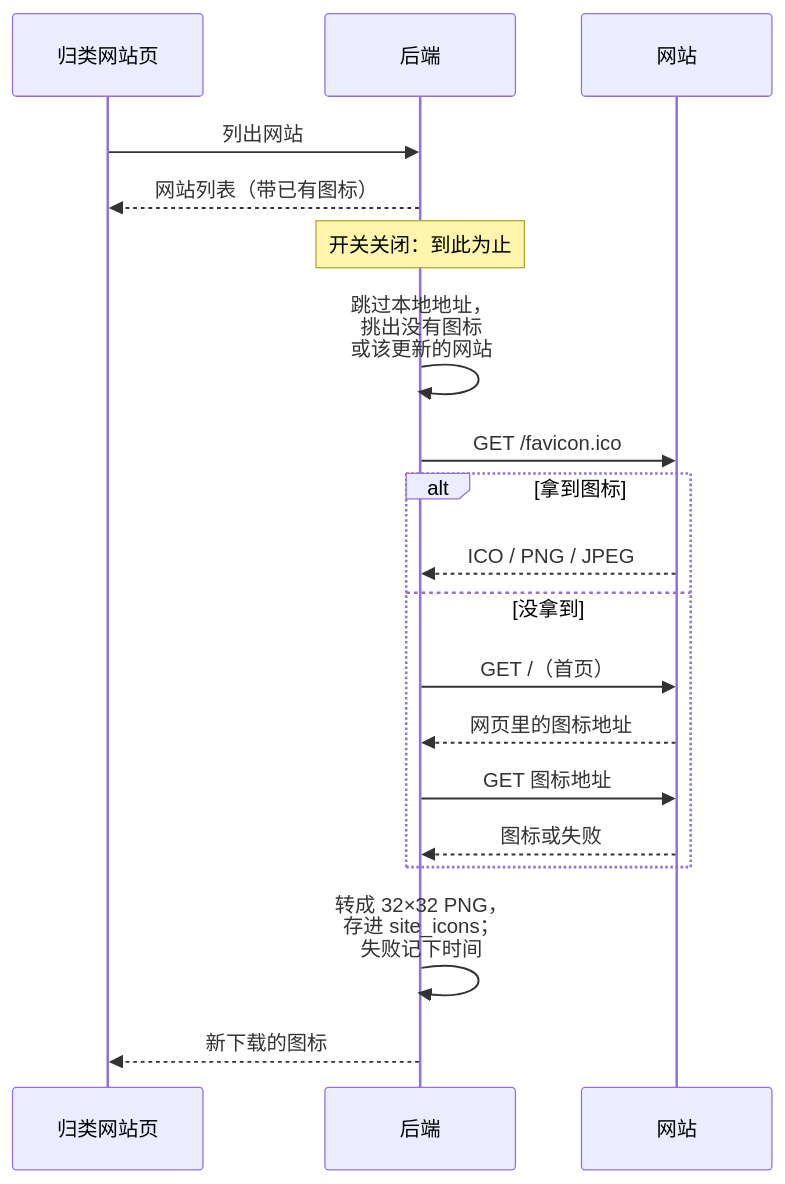
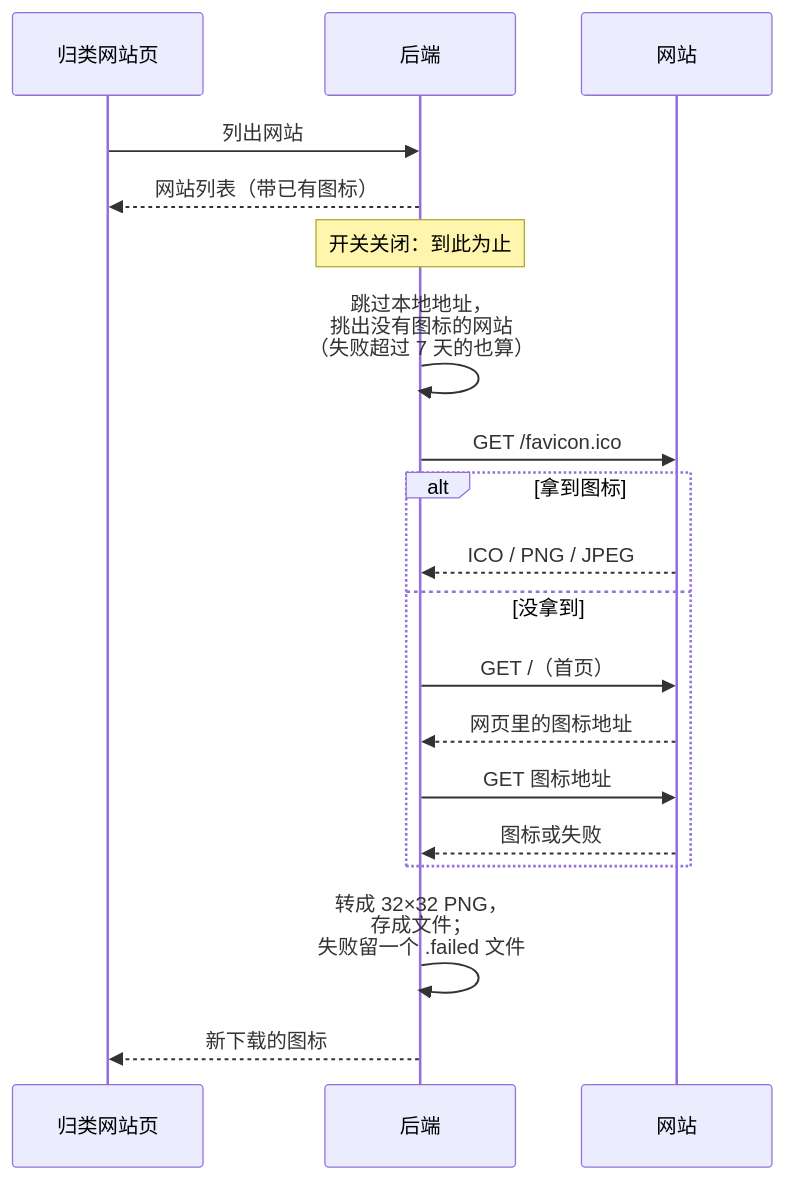
The diagram in docs/adr/zh/0014-site-icons.md (Tomotsugu-dev/Hindsight), drawn with Mermaid before and after one commit. The commit also changed other lines of this file and 1 other file, not shown here.

First line of the commit message:
docs(adr): store website icons as files in ADR-0014

````diff
--- a/docs/adr/zh/0014-site-icons.md
+++ b/docs/adr/zh/0014-site-icons.md
@@ -11,22 +11,22 @@
 ```mermaid
 sequenceDiagram
     participant P as 归类网站页
     participant B as 后端
     participant W as 网站
 
     P->>B: 列出网站
     B-->>P: 网站列表（带已有图标）
     Note over B: 开关关闭：到此为止
-    B->>B: 跳过本地地址，<br/>挑出没有图标<br/>或该更新的网站
+    B->>B: 跳过本地地址，<br/>挑出没有图标的网站<br/>（失败超过 7 天的也算）
     B->>W: GET /favicon.ico
     alt 拿到图标
         W-->>B: ICO / PNG / JPEG
     else 没拿到
         B->>W: GET /（首页）
         W-->>B: 网页里的图标地址
         B->>W: GET 图标地址
         W-->>B: 图标或失败
     end
-    B->>B: 转成 32×32 PNG，<br/>存进 site_icons；<br/>失败记下时间
+    B->>B: 转成 32×32 PNG，<br/>存成文件；<br/>失败留一个 .failed 文件
     B-->>P: 新下载的图标
 ```
````
